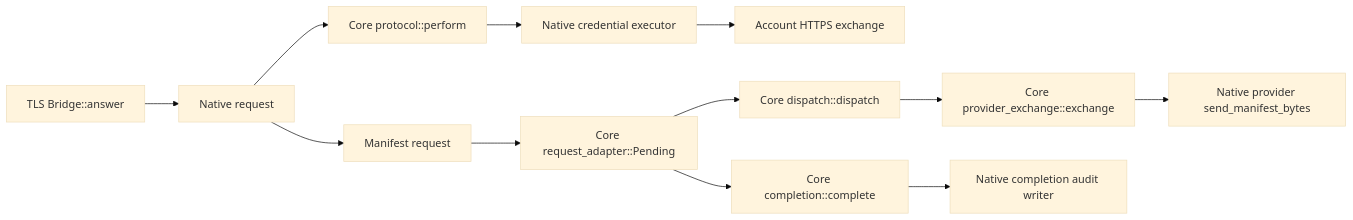
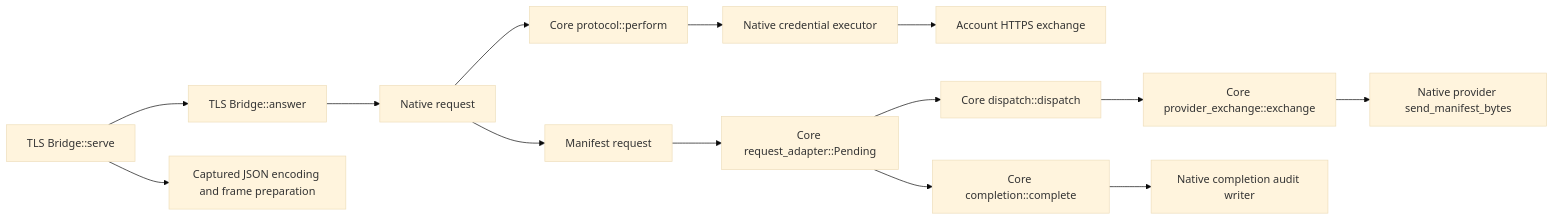
The diagram in docs/specialized-call-ledger.md (Erotemic/aivm-secrets), drawn with Mermaid (base theme) before and after one commit. The commit also changed other lines of this file and 30 other files, not shown here.

First line of the commit message:
Extract complete JSON encoding and guest-frame composition

````diff
--- a/docs/specialized-call-ledger.md
+++ b/docs/specialized-call-ledger.md
@@ -28,14 +28,16 @@
 ```mermaid
 flowchart LR
-    A["TLS Bridge::answer"] --> B["Native request"]
+    S["TLS Bridge::serve"] --> A["TLS Bridge::answer"]
+    S --> R["Captured JSON encoding and frame preparation"]
+    A --> B["Native request"]
     B --> C["Core protocol::perform"]
     C --> D["Native credential executor"]
     D --> E["Account HTTPS exchange"]
     B --> F["Manifest request"]
     F --> K["Core request_adapter::Pending"]
     K --> G["Core dispatch::dispatch"]
     G --> H["Core provider_exchange::exchange"]
     H --> I["Native provider send_manifest_bytes"]
     K --> L["Core completion::complete"]
     L --> M["Native completion audit writer"]
 ```
````
